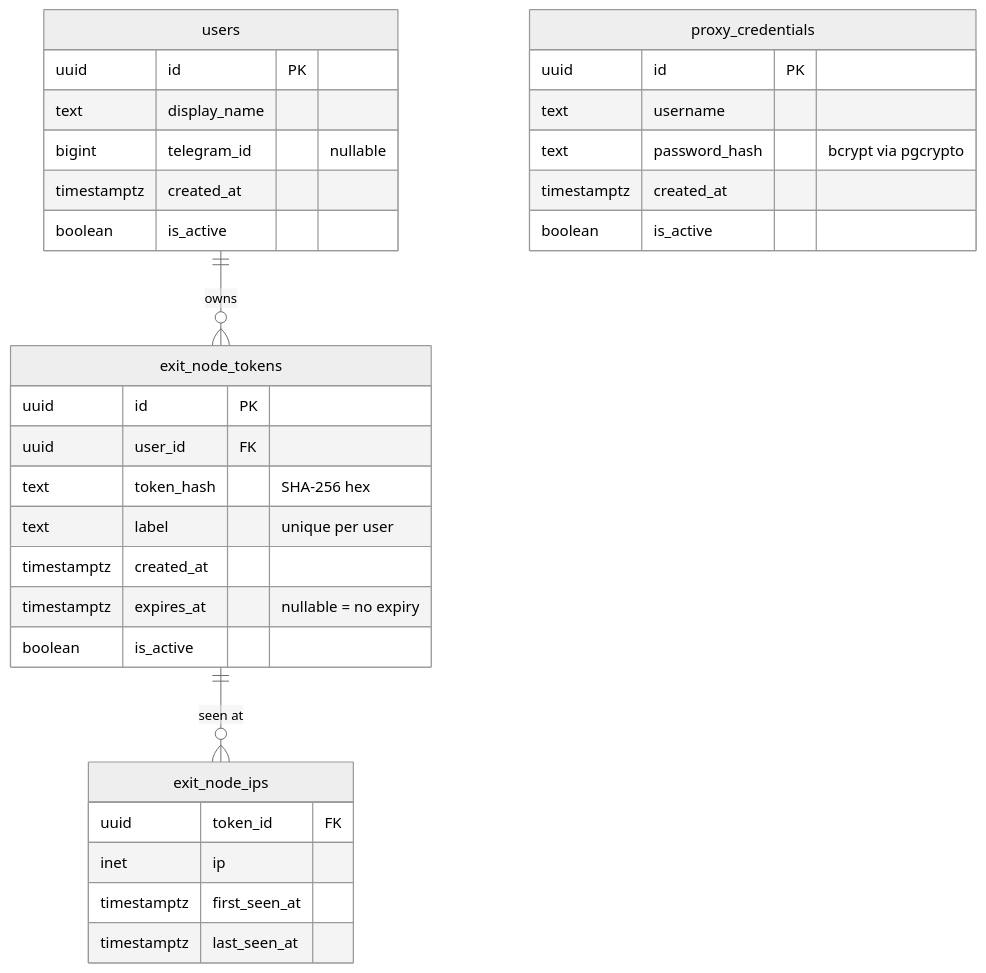
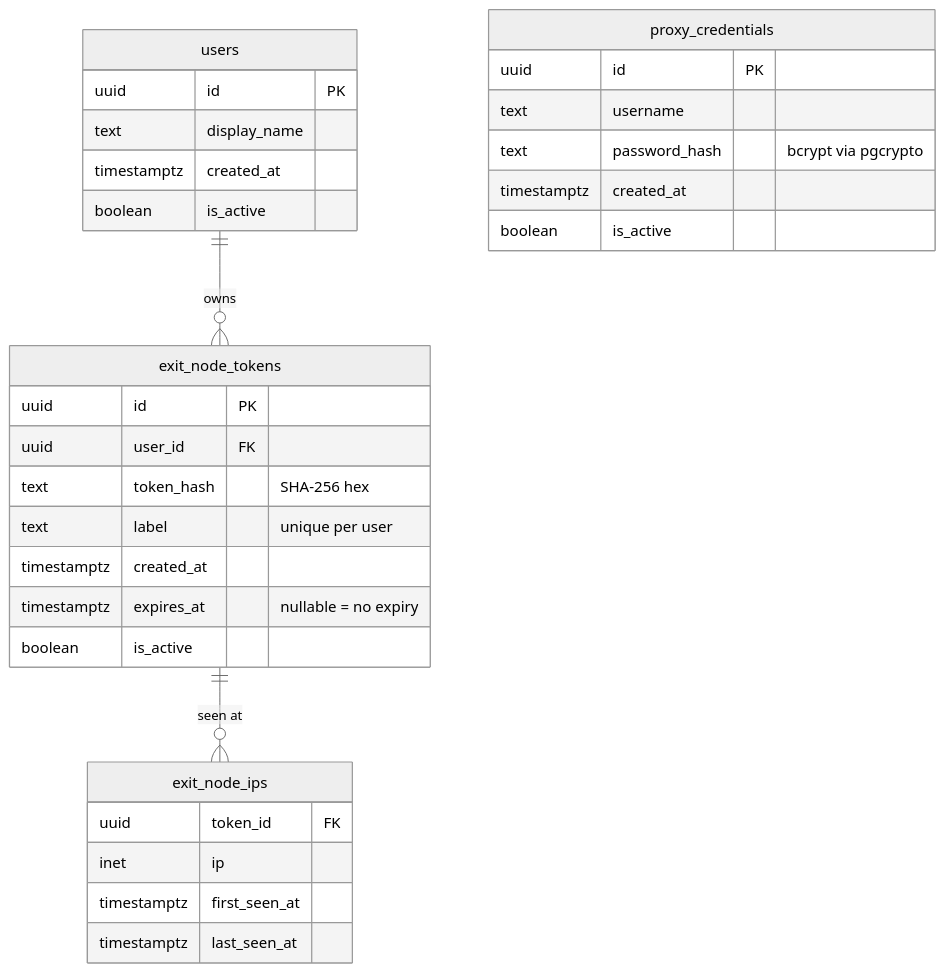
Before and after one commit to mrggvg/ambush: the diagram in docs/database.md, drawn with Mermaid (neutral theme). The commit also changed other lines of this file and 20 other files, not shown here.

````diff
--- a/docs/database.md
+++ b/docs/database.md
@@ -7,35 +7,34 @@
 ```mermaid
 erDiagram
     users {
         uuid id PK
         text display_name
-        bigint telegram_id "nullable"
         timestamptz created_at
         boolean is_active
     }
     exit_node_tokens {
         uuid id PK
         uuid user_id FK
         text token_hash "SHA-256 hex"
         text label "unique per user"
         timestamptz created_at
         timestamptz expires_at "nullable = no expiry"
         boolean is_active
     }
     exit_node_ips {
         uuid token_id FK
         inet ip
         timestamptz first_seen_at
         timestamptz last_seen_at
     }
     proxy_credentials {
         uuid id PK
         text username
         text password_hash "bcrypt via pgcrypto"
         timestamptz created_at
         boolean is_active
     }
 
     users ||--o{ exit_node_tokens : "owns"
     exit_node_tokens ||--o{ exit_node_ips : "seen at"
 ```
````
